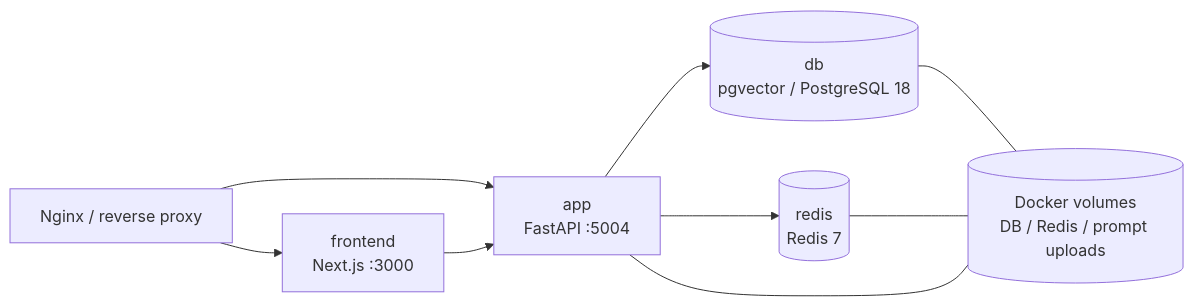
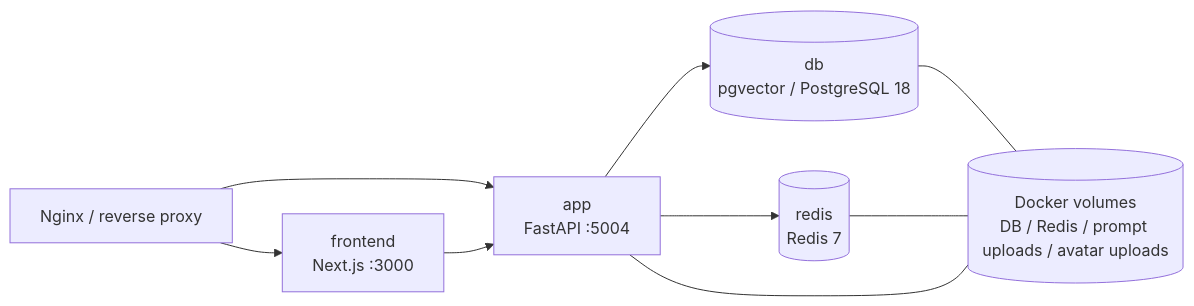
The diagram in docs/architecture/deployment_and_operations.md (kota-kawa/ChatCore-AI), drawn with Mermaid before and after one commit. The commit also changed other lines of this file and 2 other files, not shown here.

Commit message:
Document the avatar storage and delivery boundary

````diff
--- a/docs/architecture/deployment_and_operations.md
+++ b/docs/architecture/deployment_and_operations.md
@@ -5,18 +5,18 @@
 ```mermaid
 flowchart LR
     N[Nginx / reverse proxy]
     FE[frontend\nNext.js :3000]
     APP[app\nFastAPI :5004]
     DB[(db\npgvector / PostgreSQL 18)]
     RD[(redis\nRedis 7)]
-    VOL[(Docker volumes\nDB / Redis / prompt uploads)]
+    VOL[(Docker volumes\nDB / Redis / prompt uploads / avatar uploads)]
 
     N --> FE
     N --> APP
     FE --> APP
     APP --> DB
     APP --> RD
     DB --- VOL
     RD --- VOL
     APP --- VOL
 ```
````
